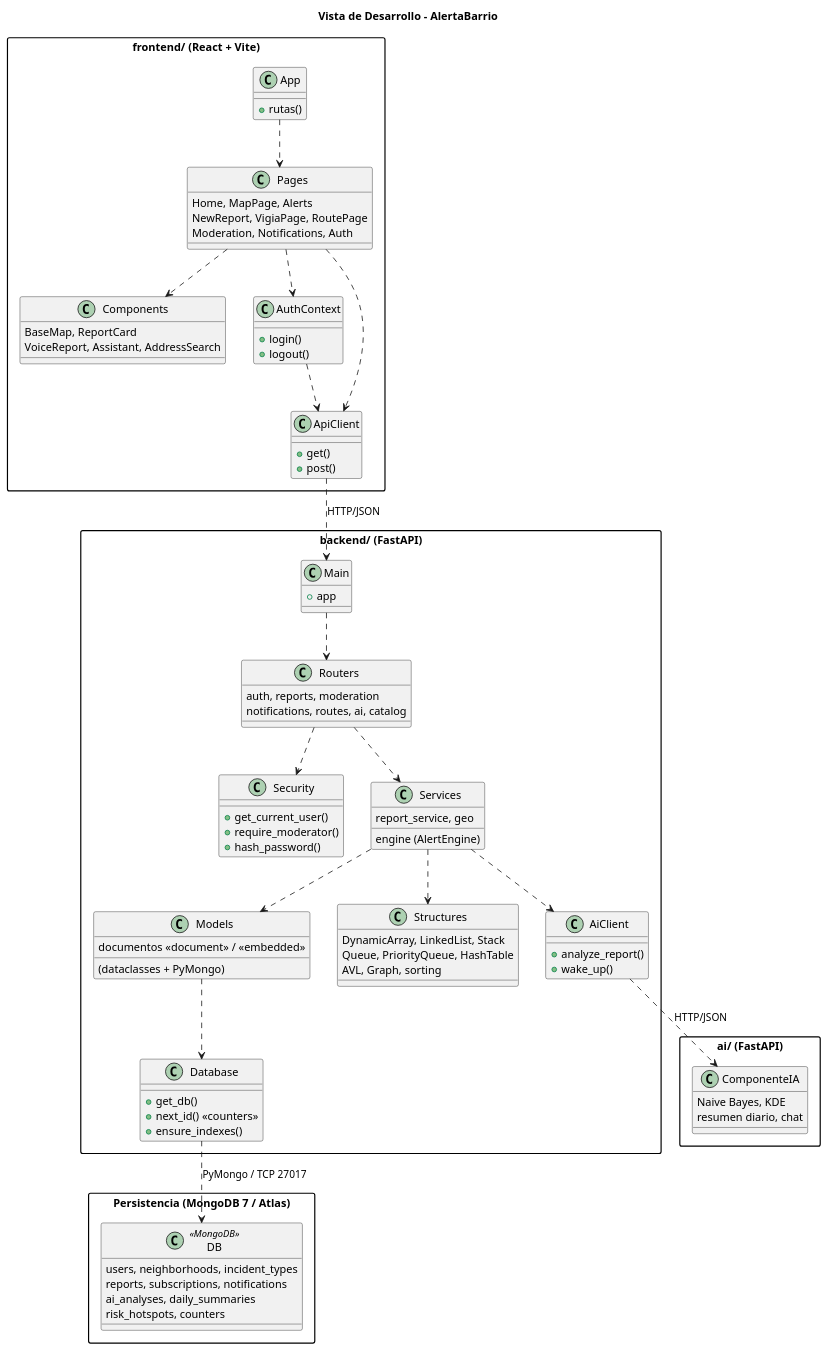
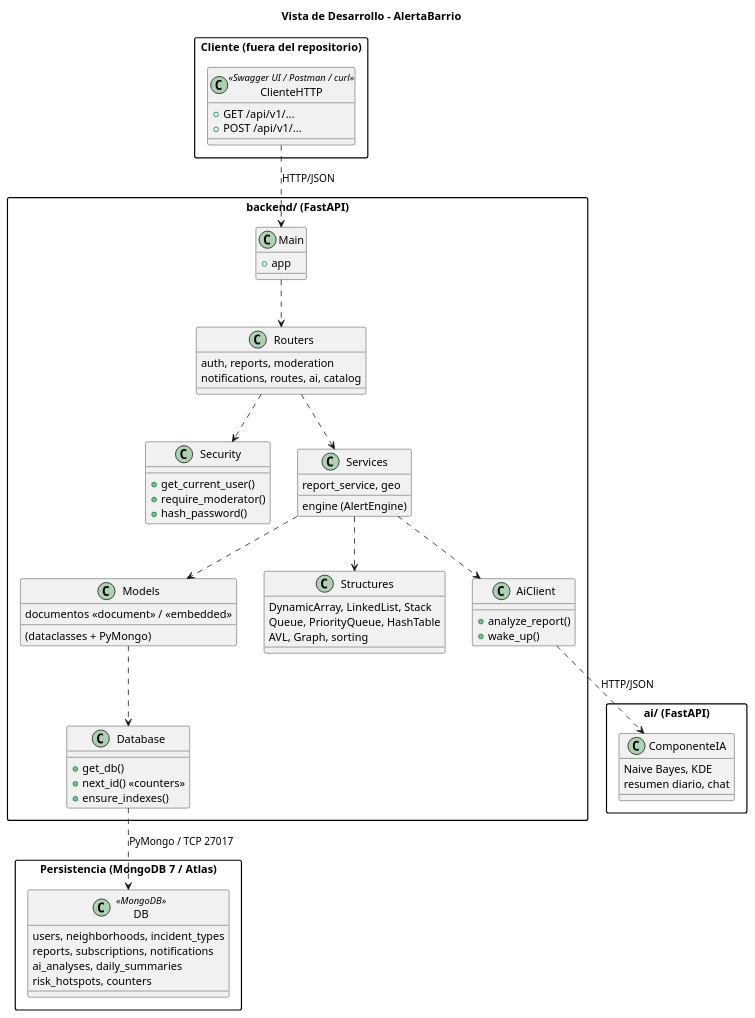
One commit to neber18/AlertaBarrio-Diseno-de-Software changed the diagram in docs/diagramas/4_vista_desarrollo.puml. Above: the diagram before and after it, drawn with PlantUML. The commit also changed 30 other files, not shown here.

Commit message:
docs: README, wiki, historias y diagramas sin frontend

```diff
--- a/docs/diagramas/4_vista_desarrollo.puml
+++ b/docs/diagramas/4_vista_desarrollo.puml
@@ -1,95 +1,74 @@
 @startuml Vista_Desarrollo_AlertaBarrio
 title Vista de Desarrollo - AlertaBarrio
 skinparam packageStyle rectangle
 
-package "frontend/ (React + Vite)" {
-  class App {
-  +rutas()
-}
-  class Pages {
-  Home, MapPage, Alerts
-  NewReport, VigiaPage, RoutePage
-  Moderation, Notifications, Auth
-}
-  class Components {
-  BaseMap, ReportCard
-  VoiceReport, Assistant, AddressSearch
-}
-  class AuthContext {
-  +login()
-  +logout()
-}
-  class ApiClient {
-  +get()
-  +post()
+package "Cliente (fuera del repositorio)" {
+  class ClienteHTTP <<Swagger UI / Postman / curl>> {
+  +GET /api/v1/...
+  +POST /api/v1/...
 }
 }
 
 package "backend/ (FastAPI)" {
   class Main {
   +app
 }
   class Routers {
   auth, reports, moderation
   notifications, routes, ai, catalog
 }
   class Security {
   +get_current_user()
   +require_moderator()
   +hash_password()
 }
   class Services {
   engine (AlertEngine)
   report_service, geo
 }
   class AiClient {
   +analyze_report()
   +wake_up()
 }
   class Structures {
   DynamicArray, LinkedList, Stack
   Queue, PriorityQueue, HashTable
   AVL, Graph, sorting
 }
   class Database {
   +get_db()
   +next_id() <<counters>>
   +ensure_indexes()
 }
   class Models {
   documentos «document» / «embedded»
   (dataclasses + PyMongo)
 }
 }
 
 package "Persistencia (MongoDB 7 / Atlas)" {
   class DB <<MongoDB>> {
   users, neighborhoods, incident_types
   reports, subscriptions, notifications
   ai_analyses, daily_summaries
   risk_hotspots, counters
 }
 }
 package "ai/ (FastAPI)" {
   class ComponenteIA {
   Naive Bayes, KDE
   resumen diario, chat
 }
 }
 
-App ..> Pages
-Pages ..> Components
-Pages ..> AuthContext
-Pages ..> ApiClient
-AuthContext ..> ApiClient
-ApiClient ..> Main : HTTP/JSON
+ClienteHTTP ..> Main : HTTP/JSON
 Main ..> Routers
 Routers ..> Security
 Routers ..> Services
 Services ..> Structures
 Services ..> Models
 Services ..> AiClient
 Models ..> Database
 Database ..> DB : PyMongo / TCP 27017
 AiClient ..> ComponenteIA : HTTP/JSON
 @enduml
```
